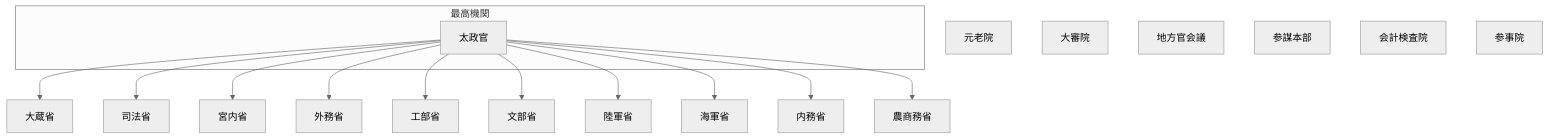
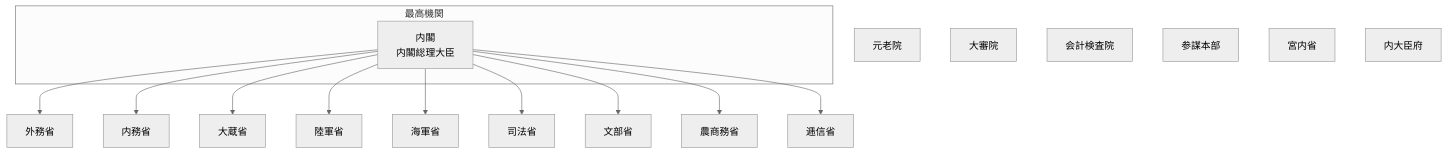
The diagram in README.md (tatemaru/jp-admin-org-chart), drawn with Mermaid (neutral theme) before and after one commit. The commit also changed other lines of this file, not shown here.

Commit message:
feat(内閣): 太政官を廃し内閣制度を創設
根拠: 太政官達第69号・内閣職権
施行: 1885-12-22
出典: JACAR transition3 / history1

種別: 再編
備考: Git日付制約のため AuthorDate/CommitDate は 1970-01-02

````diff
--- a/README.md
+++ b/README.md
@@ -9,32 +9,31 @@
 ```mermaid
 flowchart TB
   subgraph top["最高機関"]
-    Dajokan["太政官"]
+    Cab["内閣
+内閣総理大臣"]
   end
+  Gaimu["外務省"]
+  Cab --> Gaimu
+  Naimu["内務省"]
+  Cab --> Naimu
   Okura["大蔵省"]
-  Dajokan --> Okura
+  Cab --> Okura
+  Rikugun["陸軍省"]
+  Cab --> Rikugun
+  Kaigun["海軍省"]
+  Cab --> Kaigun
   Shiho["司法省"]
-  Dajokan --> Shiho
-  Kunai["宮内省"]
-  Dajokan --> Kunai
-  Gaimu["外務省"]
-  Dajokan --> Gaimu
-  Kobu["工部省"]
-  Dajokan --> Kobu
+  Cab --> Shiho
   Mombu["文部省"]
-  Dajokan --> Mombu
-  Rikugun["陸軍省"]
-  Dajokan --> Rikugun
-  Kaigun["海軍省"]
-  Dajokan --> Kaigun
-  Naimu["内務省"]
-  Dajokan --> Naimu
+  Cab --> Mombu
   Nosho["農商務省"]
-  Dajokan --> Nosho
+  Cab --> Nosho
+  Teishin["逓信省"]
+  Cab --> Teishin
   Genro["元老院"]
   Daishin["大審院"]
-  Chiho["地方官会議"]
+  Audit["会計検査院"]
   Sanbo["参謀本部"]
-  Audit["会計検査院"]
-  Sanji["参事院"]
+  Kunai["宮内省"]
+  Naidaijin["内大臣府"]
 ```
````
